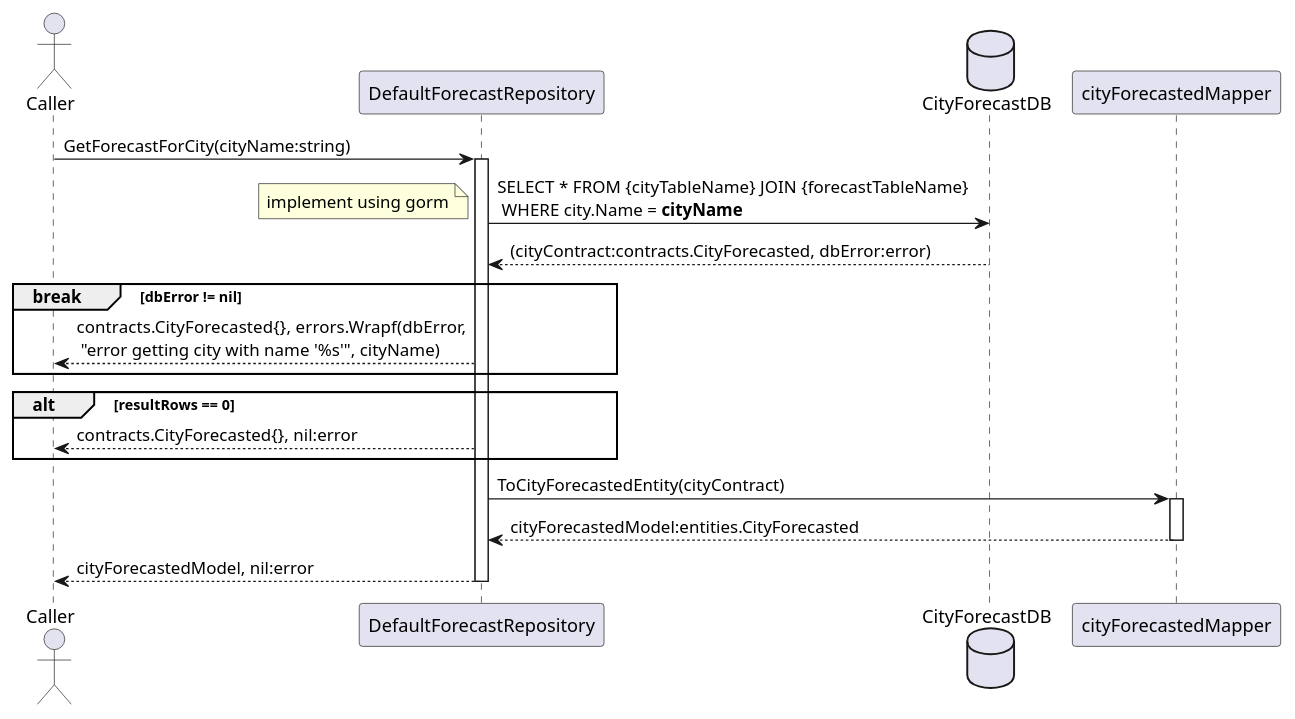
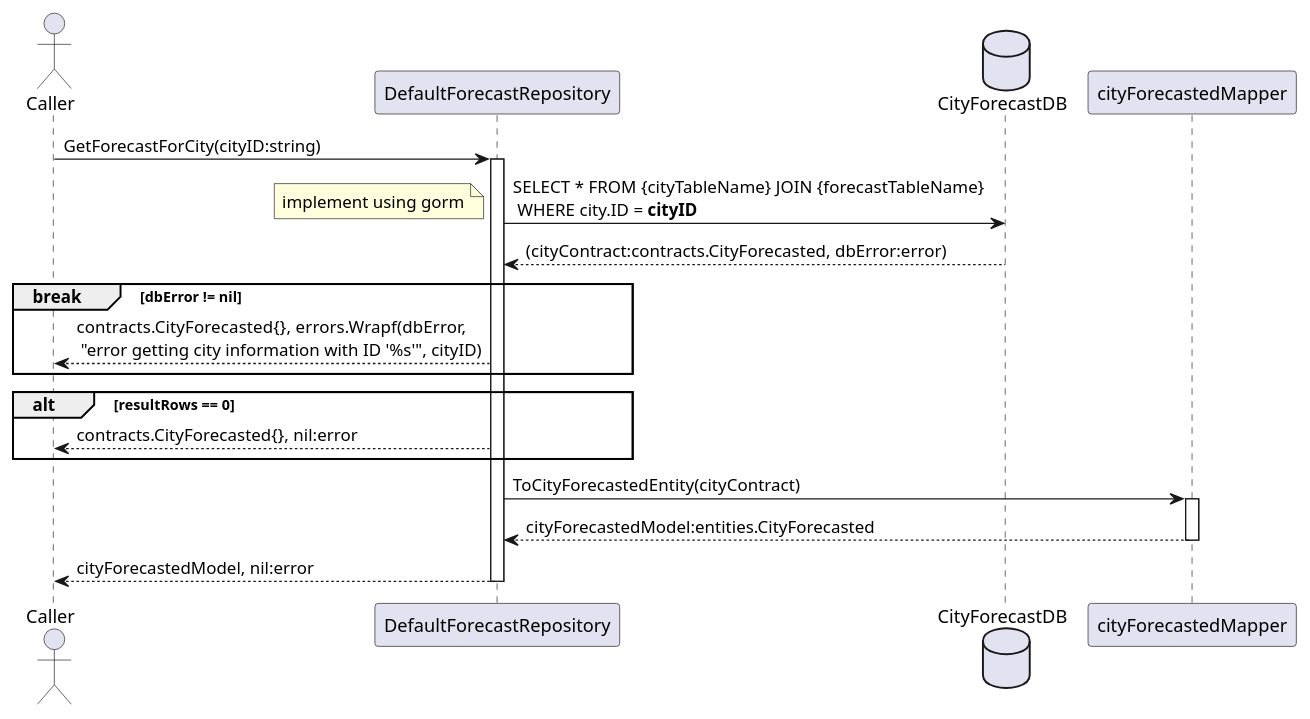
Before and after one commit to micoyeye22/TUITechHomework: the diagram in docs/usecases/forecastcity/repository/default_forecast_repository_get_forecast_for_city_seq.puml, drawn with PlantUML. The commit also changed 7 other files, not shown here.

Commit message:
Added API design for setting and getting forecast for city

```diff
--- a/docs/usecases/forecastcity/repository/default_forecast_repository_get_forecast_for_city_seq.puml
+++ b/docs/usecases/forecastcity/repository/default_forecast_repository_get_forecast_for_city_seq.puml
@@ -1,26 +1,26 @@
 @startuml
 
 actor Caller as C
 participant DefaultForecastRepository as R
 database CityForecastDB as DB
 participant cityForecastedMapper as M
 
-C -> R : GetForecastForCity(cityName:string)
+C -> R : GetForecastForCity(cityID:string)
 activate R
-    R -> DB : SELECT * FROM {cityTableName} JOIN {forecastTableName}\n WHERE city.Name = **cityName**
+    R -> DB : SELECT * FROM {cityTableName} JOIN {forecastTableName}\n WHERE city.ID = **cityID**
     note top: implement using gorm
     R <-- DB : (cityContract:contracts.CityForecasted, dbError:error)
     break dbError != nil
-        R --> C : contracts.CityForecasted{}, errors.Wrapf(dbError,\n "error getting city with name '%s'", cityName)
+        R --> C : contracts.CityForecasted{}, errors.Wrapf(dbError,\n "error getting city information with ID '%s'", cityID)
     end
     alt resultRows == 0
         R --> C : contracts.CityForecasted{}, nil:error
     end
     R -> M : ToCityForecastedEntity(cityContract)
     activate M
         R <-- M : cityForecastedModel:entities.CityForecasted
     deactivate
     R --> C : cityForecastedModel, nil:error
 deactivate
 
 @enduml
```
